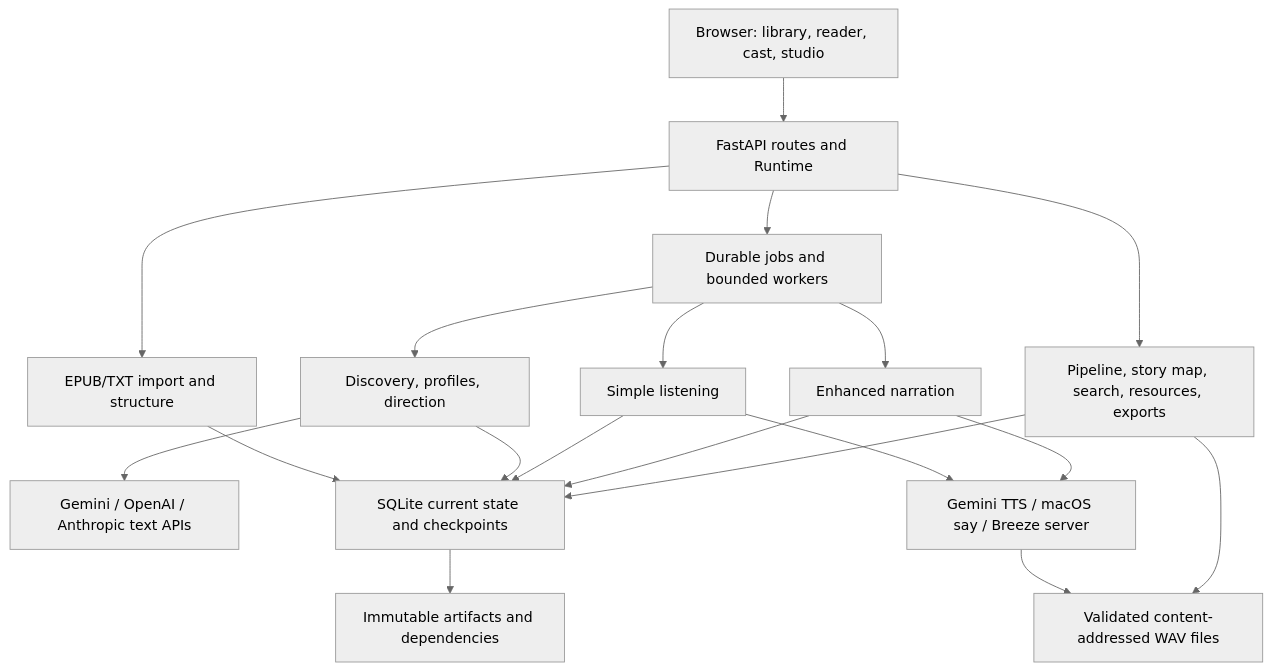
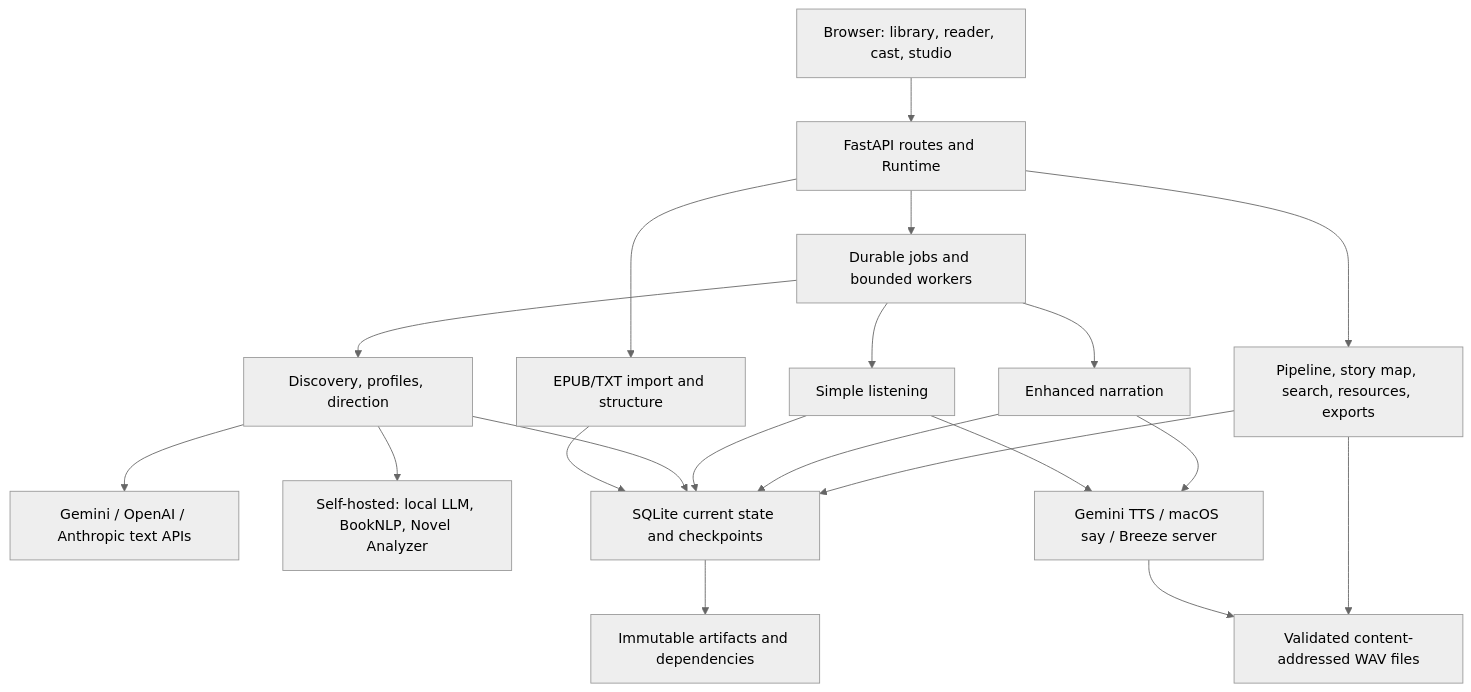
The diagram in docs/ARCHITECTURE.md (NicholasHazen/bardic), drawn with Mermaid (neutral theme) before and after one commit. The commit also changed other lines of this file and 30 other files, not shown here.

First line of the commit message:
Analysis pipeline: self-hosted Local LLM, BookNLP and Novel Analyzer

````diff
--- a/docs/ARCHITECTURE.md
+++ b/docs/ARCHITECTURE.md
@@ -15,21 +15,22 @@
 ```mermaid
 flowchart TD
     UI[Browser: library, reader, cast, studio] --> API[FastAPI routes and Runtime]
     API --> Import[EPUB/TXT import and structure]
     API --> Worker[Durable jobs and bounded workers]
     Worker --> Analysis[Discovery, profiles, direction]
     Worker --> Listen[Simple listening]
     Worker --> Narration[Enhanced narration]
     Analysis --> Providers[Gemini / OpenAI / Anthropic text APIs]
+    Analysis --> SelfHosted[Self-hosted: local LLM, BookNLP, Novel Analyzer]
     Listen --> TTS[Gemini TTS / macOS say / Breeze server]
     Narration --> TTS
     Import --> Store[SQLite current state and checkpoints]
     Analysis --> Store
     Listen --> Store
     Narration --> Store
     Store --> History[Immutable artifacts and dependencies]
     TTS --> Assets[Validated content-addressed WAV files]
     API --> Views[Pipeline, story map, search, resources, exports]
     Views --> Store
     Views --> Assets
 ```
````
